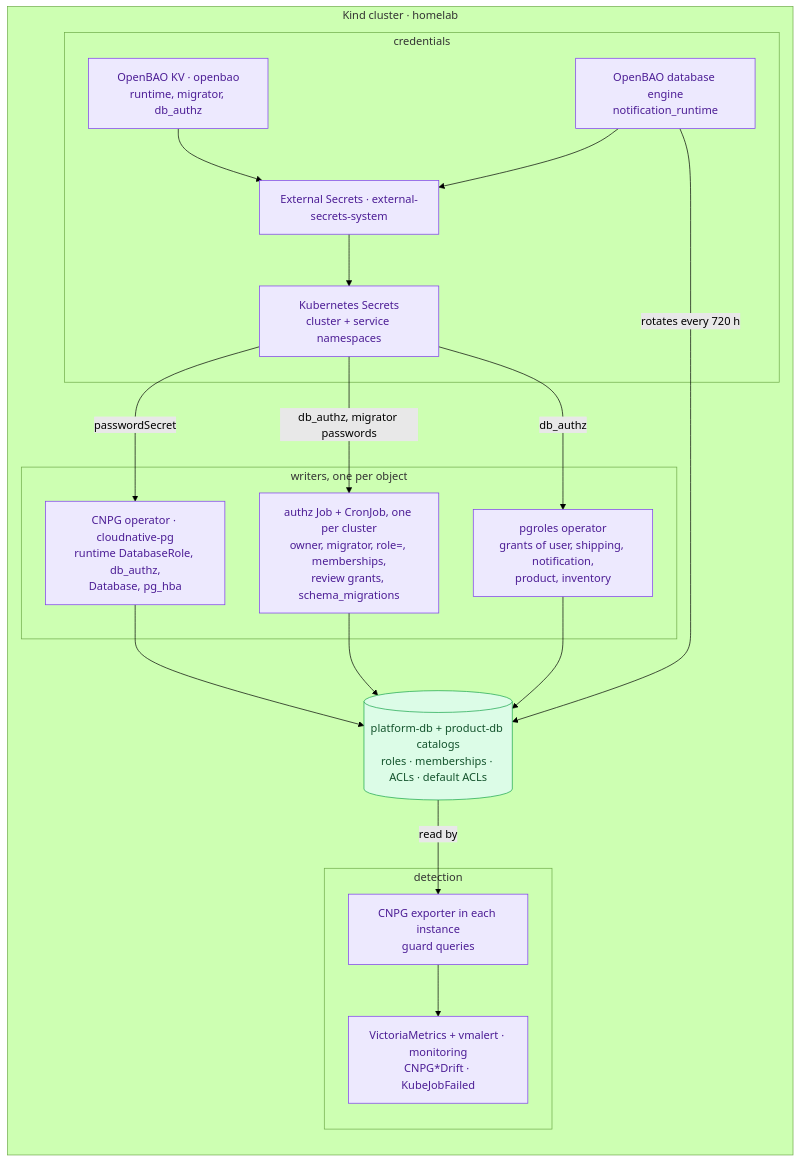
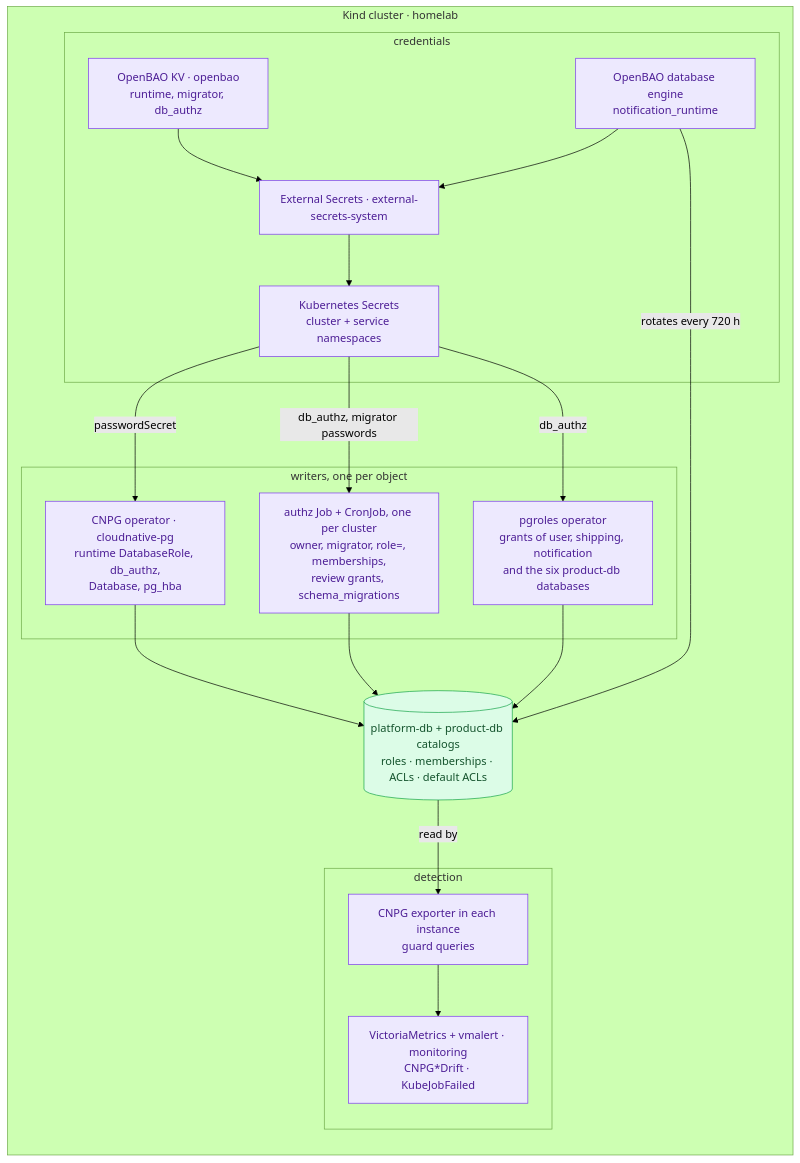
Before and after one commit to duynhlab/homelab: the second of 2 diagrams in docs/databases/authorization.md, drawn with Mermaid (forest theme). The commit also changed other lines of this file and 59 other files, not shown here.

````diff
--- a/docs/databases/authorization.md
+++ b/docs/databases/authorization.md
@@ -118,36 +120,36 @@
 ```mermaid
 flowchart LR
     subgraph cluster["Kind cluster · homelab"]
         subgraph sec["credentials"]
             kv["OpenBAO KV · openbao<br/>runtime, migrator, db_authz"]:::platform
             dbe["OpenBAO database engine<br/>notification_runtime"]:::platform
             eso["External Secrets · external-secrets-system"]:::platform
             ks["Kubernetes Secrets<br/>cluster + service namespaces"]:::platform
         end
         subgraph writers["writers, one per object"]
             cnpg["CNPG operator · cloudnative-pg<br/>runtime DatabaseRole, db_authz,<br/>Database, pg_hba"]:::platform
             job["authz Job + CronJob, one per cluster<br/>owner, migrator, role=, memberships,<br/>review grants, schema_migrations"]:::platform
-            pgr["pgroles operator<br/>grants of user, shipping, notification,<br/>product, inventory"]:::platform
+            pgr["pgroles operator<br/>grants of user, shipping, notification<br/>and the six product-db databases"]:::platform
         end
         cat[("platform-db + product-db catalogs<br/>roles · memberships · ACLs · default ACLs")]:::data
         subgraph obs["detection"]
             exp["CNPG exporter in each instance<br/>guard queries"]:::platform
             vm["VictoriaMetrics + vmalert · monitoring<br/>CNPG*Drift · KubeJobFailed"]:::platform
         end
     end
 
     kv --> eso
     dbe --> eso
     eso --> ks
     ks -->|"passwordSecret"| cnpg
     ks -->|"db_authz, migrator passwords"| job
     ks -->|"db_authz"| pgr
     cnpg --> cat
     job --> cat
     pgr --> cat
     dbe -->|"rotates every 720 h"| cat
     cat -->|"read by"| exp --> vm
 
     classDef platform fill:#ede9fe,color:#4c1d95,stroke:#7c3aed;
     classDef data fill:#dcfce7,color:#14532d,stroke:#16a34a;
 ```
````
